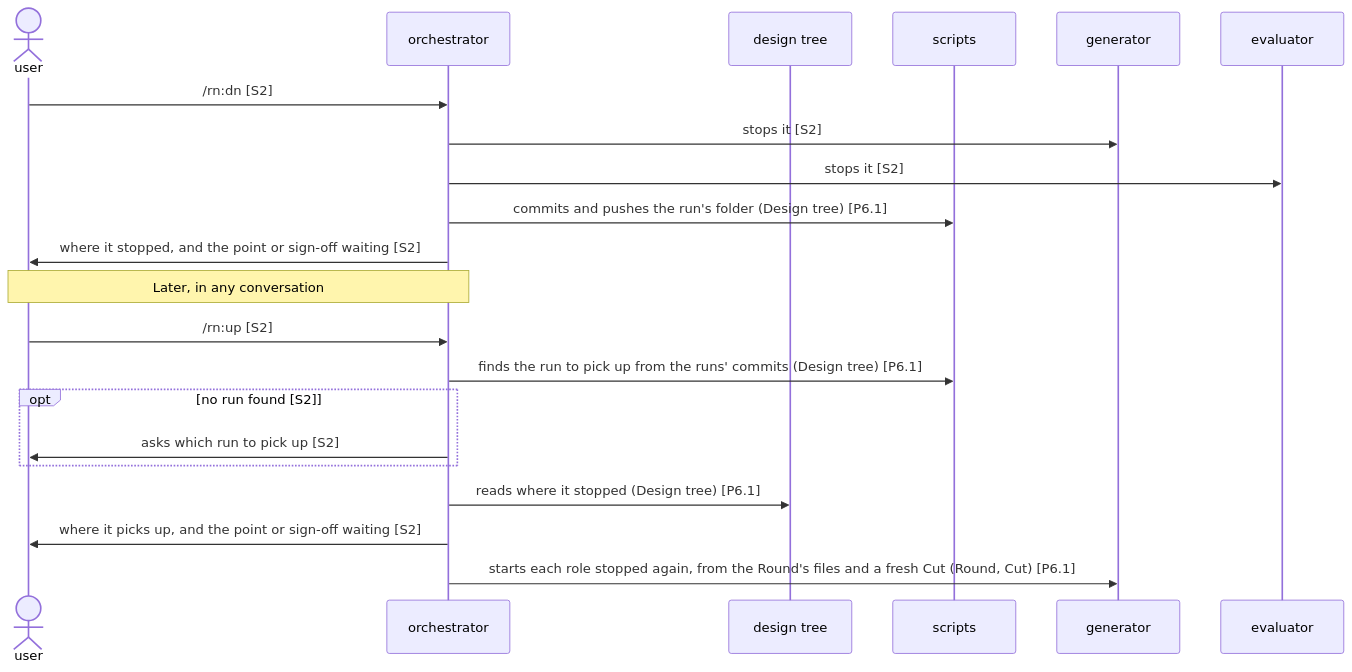
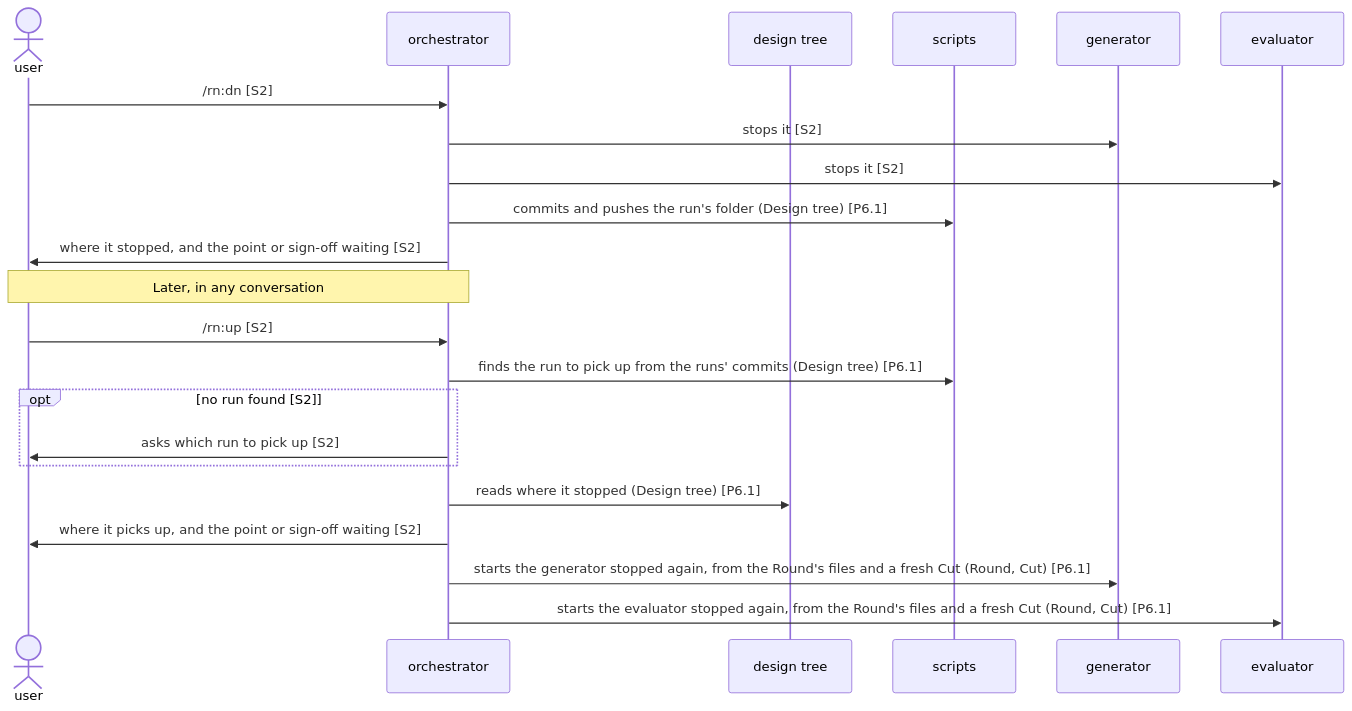
One commit to lovaizu/ccpm changed the second of 2 diagrams in dev/rn/architecture.md. Above: the diagram before and after it, drawn with Mermaid. The commit also changed other lines of this file and 4 other files, not shown here.

````diff
--- a/dev/rn/architecture.md
+++ b/dev/rn/architecture.md
@@ -187,23 +187,24 @@
 ```mermaid
 sequenceDiagram
   actor U as user
   participant O as orchestrator
   participant T as design tree
   participant S as scripts
   participant G as generator
   participant E as evaluator
   U->>O: /rn:dn [S2]
   O->>G: stops it [S2]
   O->>E: stops it [S2]
   O->>S: commits and pushes the run's folder (Design tree) [P6.1]
   O->>U: where it stopped, and the point or sign-off waiting [S2]
   Note over U,O: Later, in any conversation
   U->>O: /rn:up [S2]
   O->>S: finds the run to pick up from the runs' commits (Design tree) [P6.1]
   opt no run found [S2]
     O->>U: asks which run to pick up [S2]
   end
   O->>T: reads where it stopped (Design tree) [P6.1]
   O->>U: where it picks up, and the point or sign-off waiting [S2]
-  O->>G: starts each role stopped again, from the Round's files and a fresh Cut (Round, Cut) [P6.1]
+  O->>G: starts the generator stopped again, from the Round's files and a fresh Cut (Round, Cut) [P6.1]
+  O->>E: starts the evaluator stopped again, from the Round's files and a fresh Cut (Round, Cut) [P6.1]
 ```
````
